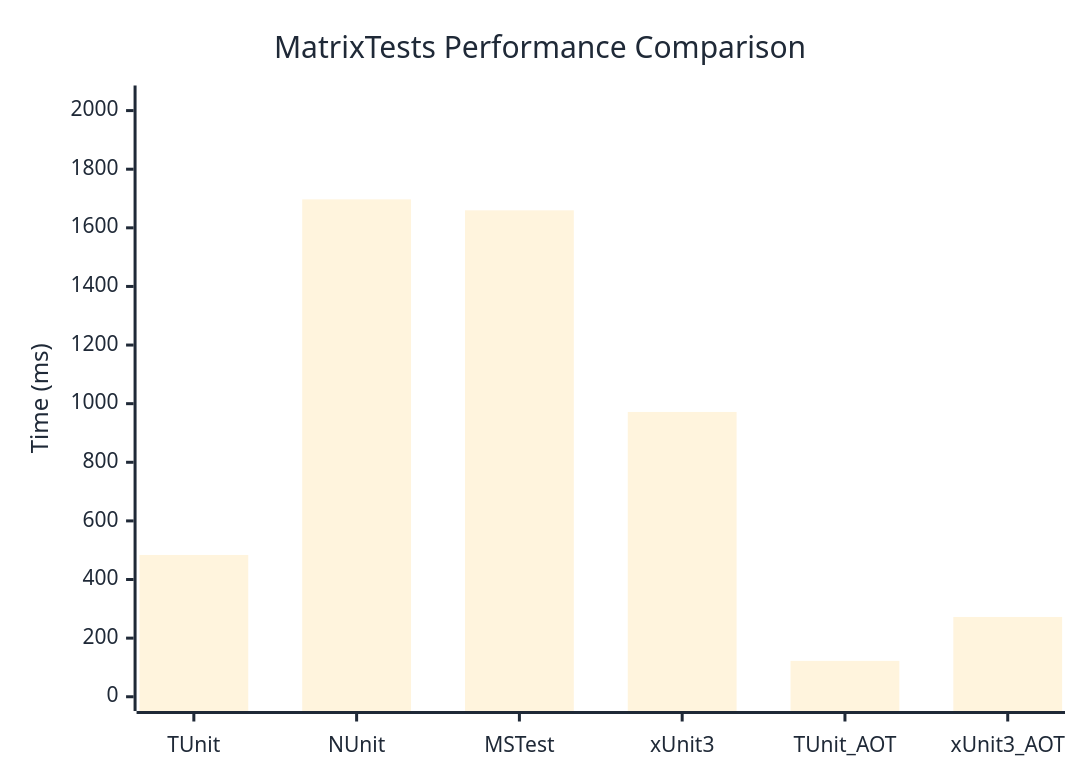
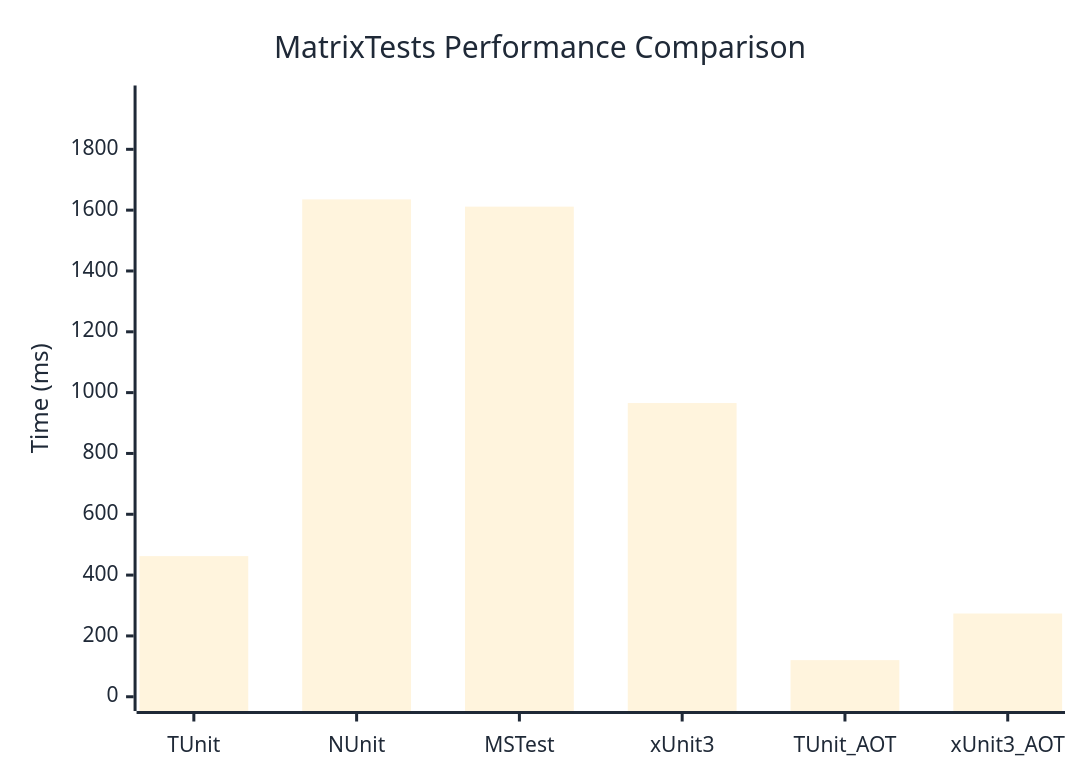
One commit to thomhurst/TUnit changed the diagram in docs/docs/benchmarks/engine/MatrixTests.md. Above: the diagram before and after it, drawn with Mermaid. The commit also changed other lines of this file and 18 other files, not shown here.

````diff
--- a/docs/docs/benchmarks/engine/MatrixTests.md
+++ b/docs/docs/benchmarks/engine/MatrixTests.md
@@ -30,37 +30,37 @@
 ```mermaid
 %%{init: {
   'theme':'base',
   'themeVariables': {
     'primaryColor': '#2563eb',
     'primaryTextColor': '#1f2937',
     'primaryBorderColor': '#1e40af',
     'lineColor': '#6b7280',
     'secondaryColor': '#7c3aed',
     'tertiaryColor': '#dc2626',
     'background': '#ffffff',
     'mainBkg': '#2563eb',
     'secondBkg': '#7c3aed',
     'tertiaryBkg': '#dc2626',
     'clusterBkg': '#f3f4f6',
     'edgeLabelBackground': '#ffffff',
     'tertiaryTextColor': '#1f2937',
     'pie1': '#2563eb',
     'pie2': '#7c3aed',
     'pie3': '#dc2626',
     'pie4': '#f59e0b',
     'pie5': '#10b981',
     'pie6': '#06b6d4',
     'pie7': '#ec4899',
     'pie8': '#6366f1',
     'pie9': '#84cc16',
     'pie10': '#f97316',
     'pie11': '#14b8a6',
     'pie12': '#a855f7'
   }
 }}%%
 xychart-beta
   title "MatrixTests Performance Comparison"
   x-axis ["TUnit", "NUnit", "MSTest", "xUnit3", "TUnit_AOT", "xUnit3_AOT"]
-  y-axis "Time (ms)" 0 --> 2037
-  bar [483.8, 1697.1, 1659.7, 971.7, 122.4, 272.2]
+  y-axis "Time (ms)" 0 --> 1963
+  bar [462.5, 1635.4, 1611.5, 965.7, 120.4, 273.7]
 ```
````
